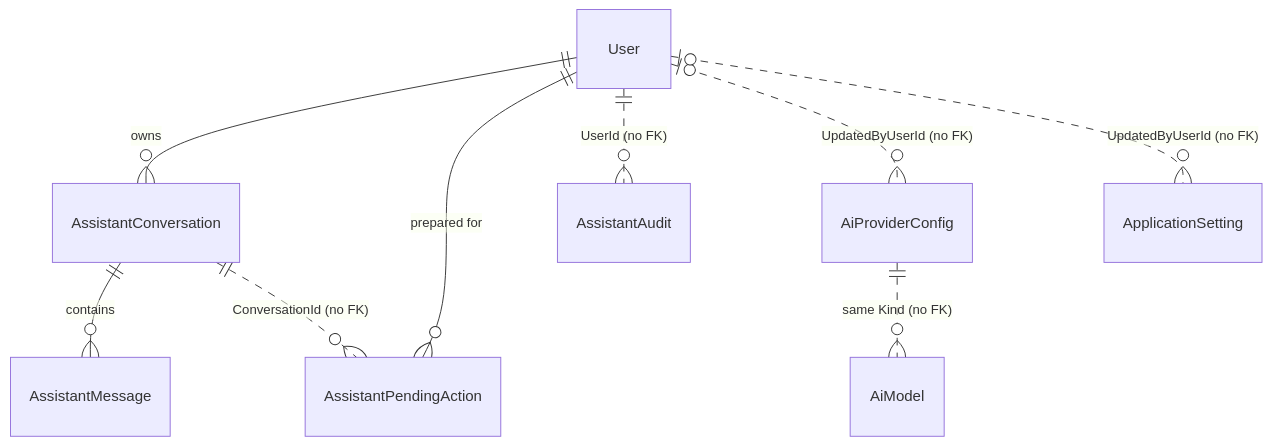
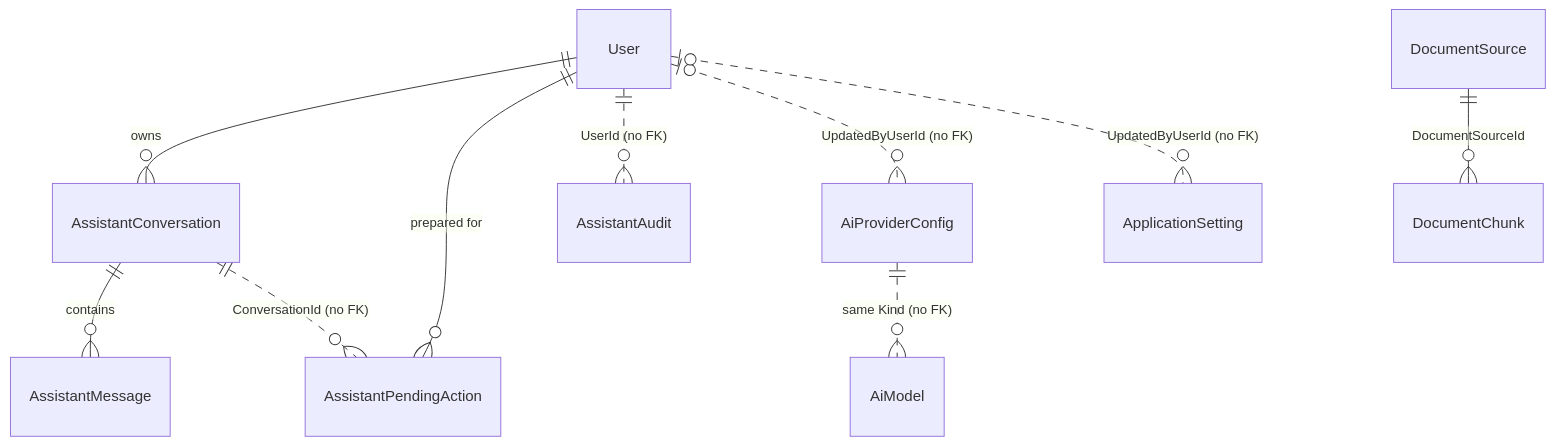
One commit to jojogeorge3344/TaskFlow-Project changed the sixth of 16 diagrams in TF - Documents/TF - TDD/TDD-TaskFlow.md. Above: the diagram before and after it, drawn with Mermaid. The commit also changed other lines of this file and 123 other files, not shown here.

````diff
--- a/TF - Documents/TF - TDD/TDD-TaskFlow.md
+++ b/TF - Documents/TF - TDD/TDD-TaskFlow.md
@@ -690,11 +696,12 @@
 ```mermaid
 erDiagram
     User ||--o{ AssistantConversation : owns
     AssistantConversation ||--o{ AssistantMessage : contains
     User ||--o{ AssistantPendingAction : "prepared for"
     AssistantConversation ||..o{ AssistantPendingAction : "ConversationId (no FK)"
     User ||..o{ AssistantAudit : "UserId (no FK)"
     AiProviderConfig ||..o{ AiModel : "same Kind (no FK)"
     User |o..o{ AiProviderConfig : "UpdatedByUserId (no FK)"
     User |o..o{ ApplicationSetting : "UpdatedByUserId (no FK)"
+    DocumentSource ||--o{ DocumentChunk : "DocumentSourceId"
 ```
````
